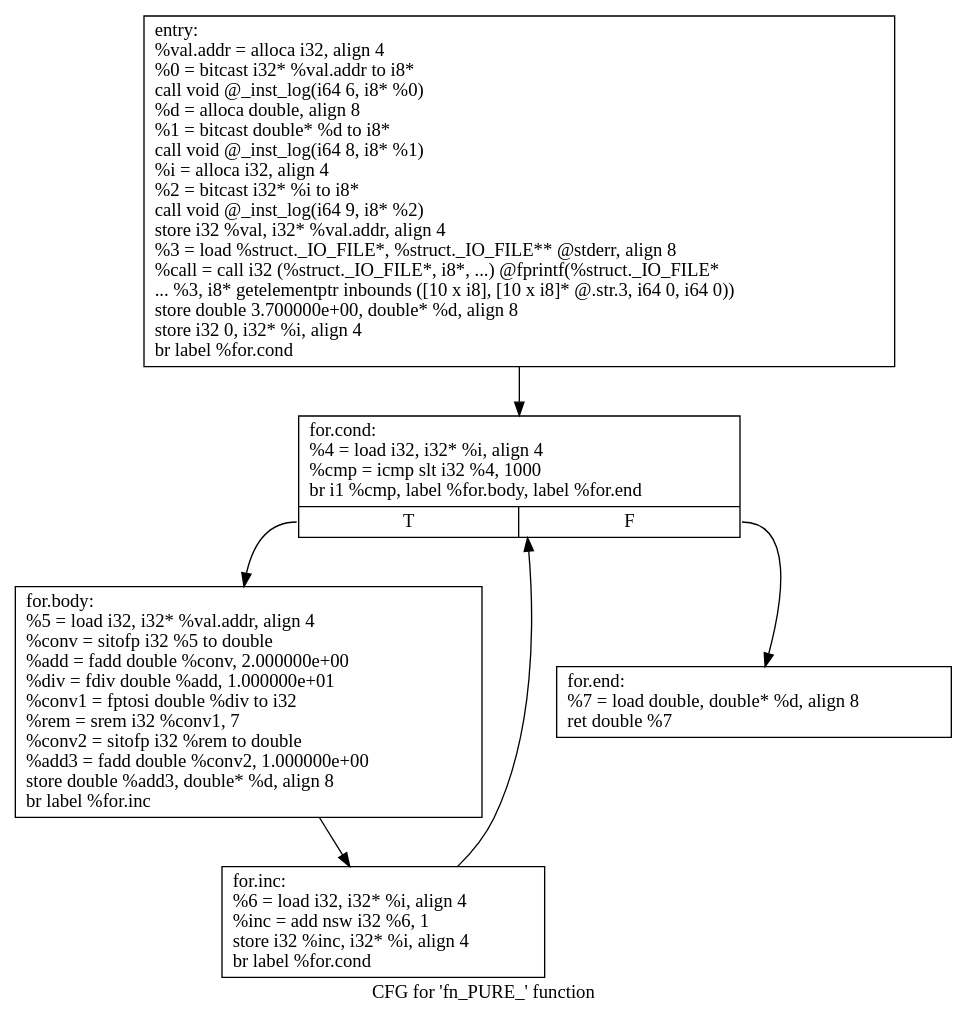
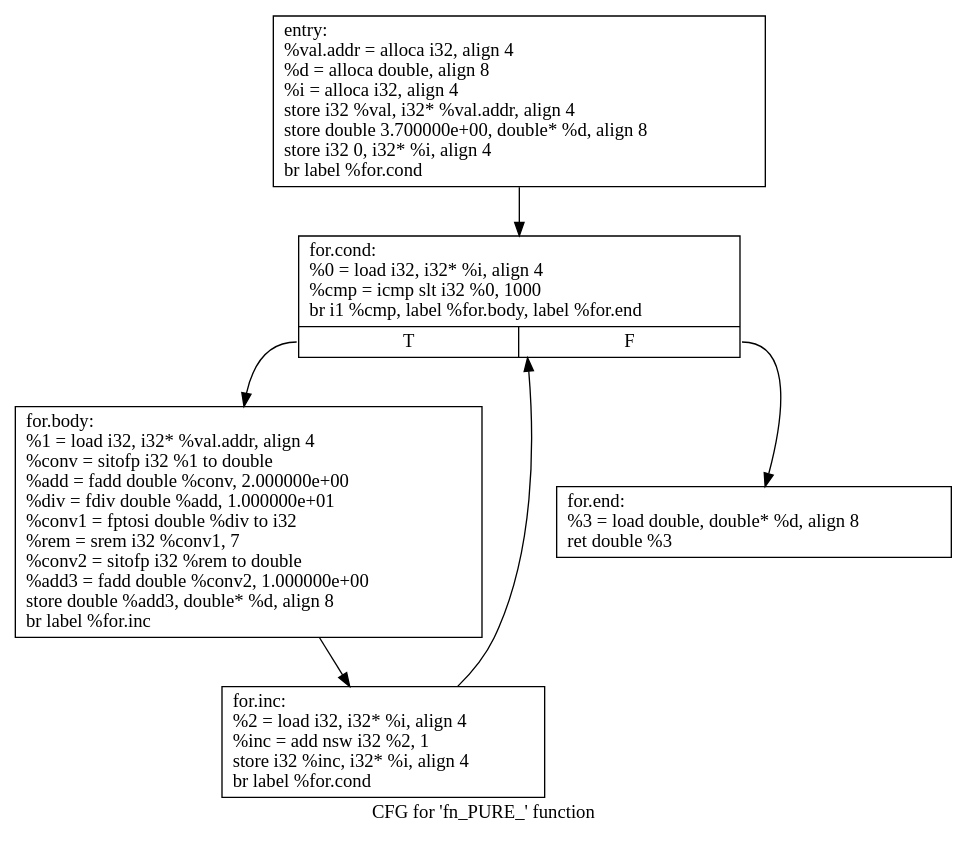
Before and after one commit to mattqemo/eecs583fp: the diagram in 583simple/.fn_PURE_.dot, drawn with Graphviz. The commit also changed 28 other files, not shown here.

```diff
--- a/583simple/.fn_PURE_.dot
+++ b/583simple/.fn_PURE_.dot
@@ -1,14 +1,14 @@
 digraph "CFG for 'fn_PURE_' function" {
 	label="CFG for 'fn_PURE_' function";
 
-	Node0x564d40186fb0 [shape=record,label="{entry:\l  %val.addr = alloca i32, align 4\l  %0 = bitcast i32* %val.addr to i8*\l  call void @_inst_log(i64 6, i8* %0)\l  %d = alloca double, align 8\l  %1 = bitcast double* %d to i8*\l  call void @_inst_log(i64 8, i8* %1)\l  %i = alloca i32, align 4\l  %2 = bitcast i32* %i to i8*\l  call void @_inst_log(i64 9, i8* %2)\l  store i32 %val, i32* %val.addr, align 4\l  %3 = load %struct._IO_FILE*, %struct._IO_FILE** @stderr, align 8\l  %call = call i32 (%struct._IO_FILE*, i8*, ...) @fprintf(%struct._IO_FILE*\l... %3, i8* getelementptr inbounds ([10 x i8], [10 x i8]* @.str.3, i64 0, i64 0))\l  store double 3.700000e+00, double* %d, align 8\l  store i32 0, i32* %i, align 4\l  br label %for.cond\l}"];
-	Node0x564d40186fb0 -> Node0x564d40187940;
-	Node0x564d40187940 [shape=record,label="{for.cond:                                         \l  %4 = load i32, i32* %i, align 4\l  %cmp = icmp slt i32 %4, 1000\l  br i1 %cmp, label %for.body, label %for.end\l|{<s0>T|<s1>F}}"];
-	Node0x564d40187940:s0 -> Node0x564d40187990;
-	Node0x564d40187940:s1 -> Node0x564d40187a30;
-	Node0x564d40187990 [shape=record,label="{for.body:                                         \l  %5 = load i32, i32* %val.addr, align 4\l  %conv = sitofp i32 %5 to double\l  %add = fadd double %conv, 2.000000e+00\l  %div = fdiv double %add, 1.000000e+01\l  %conv1 = fptosi double %div to i32\l  %rem = srem i32 %conv1, 7\l  %conv2 = sitofp i32 %rem to double\l  %add3 = fadd double %conv2, 1.000000e+00\l  store double %add3, double* %d, align 8\l  br label %for.inc\l}"];
-	Node0x564d40187990 -> Node0x564d401879e0;
-	Node0x564d401879e0 [shape=record,label="{for.inc:                                          \l  %6 = load i32, i32* %i, align 4\l  %inc = add nsw i32 %6, 1\l  store i32 %inc, i32* %i, align 4\l  br label %for.cond\l}"];
-	Node0x564d401879e0 -> Node0x564d40187940;
-	Node0x564d40187a30 [shape=record,label="{for.end:                                          \l  %7 = load double, double* %d, align 8\l  ret double %7\l}"];
+	Node0x55c986058f70 [shape=record,label="{entry:\l  %val.addr = alloca i32, align 4\l  %d = alloca double, align 8\l  %i = alloca i32, align 4\l  store i32 %val, i32* %val.addr, align 4\l  store double 3.700000e+00, double* %d, align 8\l  store i32 0, i32* %i, align 4\l  br label %for.cond\l}"];
+	Node0x55c986058f70 -> Node0x55c986059570;
+	Node0x55c986059570 [shape=record,label="{for.cond:                                         \l  %0 = load i32, i32* %i, align 4\l  %cmp = icmp slt i32 %0, 1000\l  br i1 %cmp, label %for.body, label %for.end\l|{<s0>T|<s1>F}}"];
+	Node0x55c986059570:s0 -> Node0x55c9860595c0;
+	Node0x55c986059570:s1 -> Node0x55c986059660;
+	Node0x55c9860595c0 [shape=record,label="{for.body:                                         \l  %1 = load i32, i32* %val.addr, align 4\l  %conv = sitofp i32 %1 to double\l  %add = fadd double %conv, 2.000000e+00\l  %div = fdiv double %add, 1.000000e+01\l  %conv1 = fptosi double %div to i32\l  %rem = srem i32 %conv1, 7\l  %conv2 = sitofp i32 %rem to double\l  %add3 = fadd double %conv2, 1.000000e+00\l  store double %add3, double* %d, align 8\l  br label %for.inc\l}"];
+	Node0x55c9860595c0 -> Node0x55c986059610;
+	Node0x55c986059610 [shape=record,label="{for.inc:                                          \l  %2 = load i32, i32* %i, align 4\l  %inc = add nsw i32 %2, 1\l  store i32 %inc, i32* %i, align 4\l  br label %for.cond\l}"];
+	Node0x55c986059610 -> Node0x55c986059570;
+	Node0x55c986059660 [shape=record,label="{for.end:                                          \l  %3 = load double, double* %d, align 8\l  ret double %3\l}"];
 }
```
